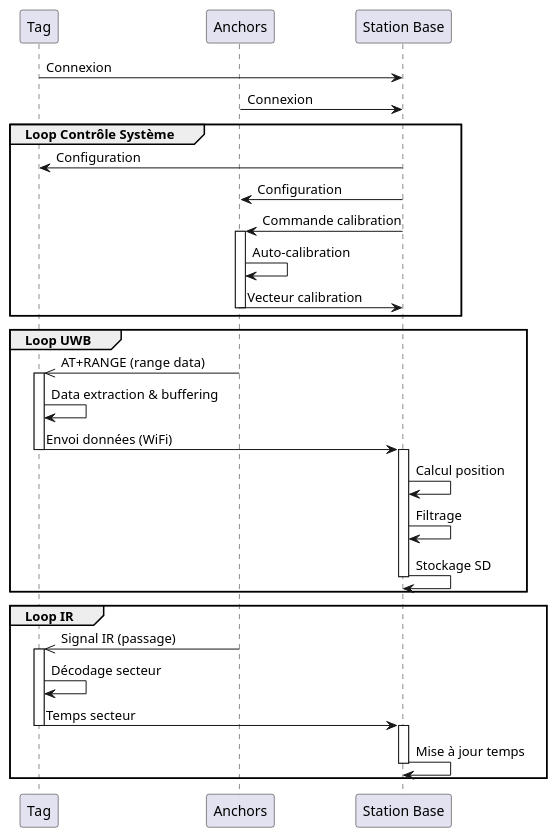
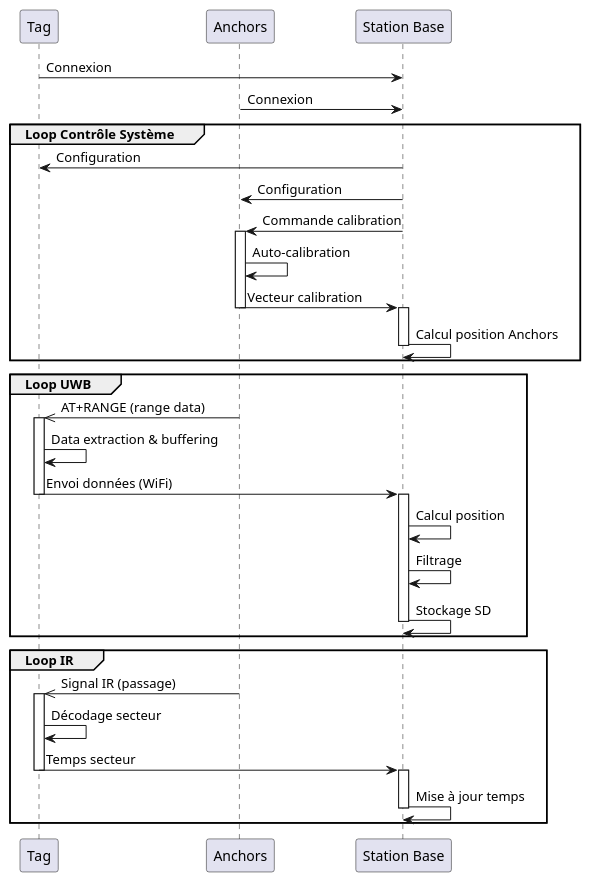
Before and after one commit to hugoMiCode/Documentation: the second of 4 diagrams in docs/index.md, drawn with PlantUML. The commit also changed other lines of this file and 1 other file, not shown here.

Commit message:
feat: Enhance calibration section for UWB anchors; add detailed explanations and mathematical formulations

````diff
--- a/docs/index.md
+++ b/docs/index.md
@@ -93,44 +93,47 @@
 ```puml
 @startuml
 participant "Tag" as T
 participant "Anchors" as A
 participant "Station Base" as B
 
 T -> B: Connexion
 A -> B: Connexion
 
 group Loop Contrôle Système
     B -> T: Configuration
     B -> A: Configuration
     B -> A: Commande calibration
     activate A
     A -> A: Auto-calibration
     A -> B: Vecteur calibration
     deactivate A
+    activate B
+    B -> B: Calcul position Anchors
+    deactivate B
 end
 
 group Loop UWB
     A ->> T: AT+RANGE (range data)
     activate T
     T -> T: Data extraction & buffering
     T -> B: Envoi données (WiFi)
     deactivate T
     activate B
     B -> B: Calcul position
     B -> B: Filtrage
     B -> B: Stockage SD
     deactivate B
 end
 
 group Loop IR
     A ->> T: Signal IR (passage)
     activate T
     T -> T: Décodage secteur
     T -> B: Temps secteur
     deactivate T
     activate B
     B -> B: Mise à jour temps
     deactivate B
 end
 @enduml
 ```
````
